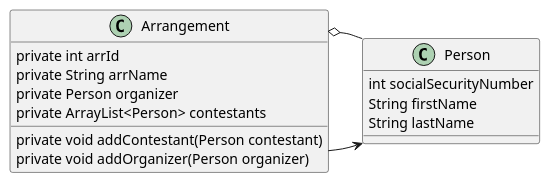
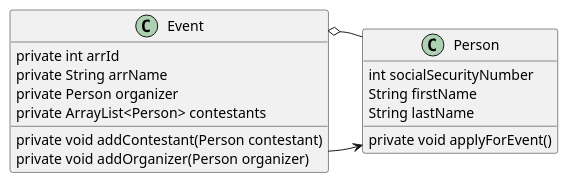
The diagram in UML/ClassSprint1.puml (emiliozim/seProject1), drawn with PlantUML before and after one commit. The commit also changed 2 other files, not shown here.

```diff
--- a/UML/ClassSprint1.puml
+++ b/UML/ClassSprint1.puml
@@ -1,36 +1,38 @@
 @startuml
 
 'classes and interfaces
 '--------------------------------------------------------
 
 class Person {
 
 int socialSecurityNumber
 String firstName
 String lastName
 
+private void applyForEvent()
+
 }
 
 
 
-class Arrangement {
+class Event {
 
 private int arrId
 private String arrName
 private Person organizer
 private ArrayList<Person> contestants
 
 private void addContestant(Person contestant)
 private void addOrganizer(Person organizer)
 
 }
 
 
 'interactions
 '-------------------------------------------------------
 top to bottom direction
 
-Arrangement -right-> Person
-Arrangement o-- Person
+Event -right-> Person
+Event o-- Person
 
 @enduml
```
